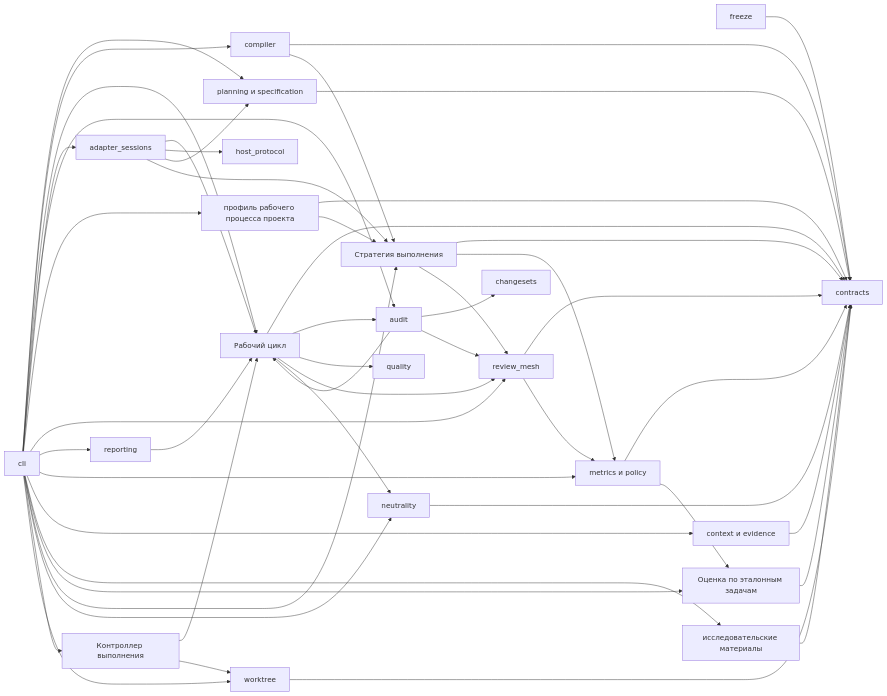
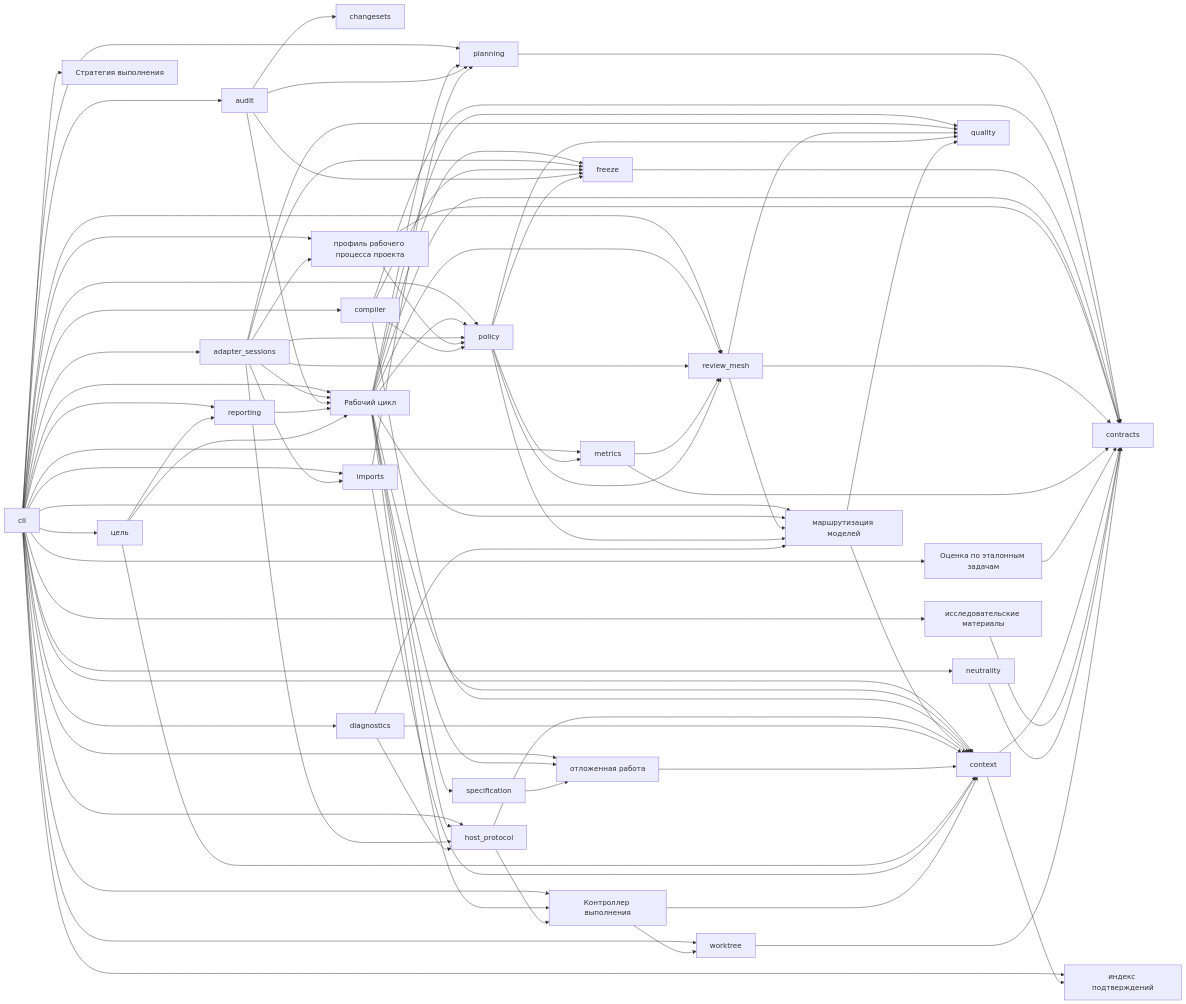
Before and after one commit to avksp/agent-lifecycle-kit: the fourth of 19 diagrams in docs/ru/architecture/system-architecture.md, drawn with Mermaid. The commit also changed other lines of this file and 111 other files, not shown here.

Commit message:
feat(architecture): enforce release 1.76 boundaries

````diff
--- a/docs/ru/architecture/system-architecture.md
+++ b/docs/ru/architecture/system-architecture.md
@@ -247,7 +271,7 @@
   contracts[contracts]
   changesets[changesets]
   compiler[compiler]
-  planning[planning и specification]
+  planning[planning]
   freeze[freeze]
     workflow[Рабочий цикл]
     audit[audit]
@@ -256,8 +280,16 @@
     host_protocol[host_protocol]
   review_mesh[review_mesh]
   reporting[reporting]
-  metrics[metrics и policy]
-  context[context и evidence]
+  metrics[metrics]
+  policy[policy]
+  model_routing[маршрутизация моделей]
+  context[context]
+  evidence_index[индекс подтверждений]
+  diagnostics[diagnostics]
+  followup[отложенная работа]
+  goal[цель]
+  imports[imports]
+  specification[specification]
   research[исследовательские материалы]
   quality[quality]
   strategy[Стратегия выполнения]
@@ -276,6 +308,14 @@
   cli --> reporting
   cli --> metrics
   cli --> context
+  cli --> diagnostics
+  cli --> evidence_index
+  cli --> followup
+  cli --> goal
+  cli --> host_protocol
+  cli --> imports
+  cli --> model_routing
+  cli --> policy
   cli --> research
   cli --> benchmarks
   cli --> strategy
@@ -286,33 +326,65 @@
   compiler --> contracts
   freeze --> contracts
   workflow --> contracts
-  workflow --> audit
+  workflow --> context
+  workflow --> followup
+  workflow --> freeze
+  workflow --> host_protocol
+  workflow --> model_routing
+  workflow --> planning
+  workflow --> policy
   workflow --> quality
   workflow --> review_mesh
-  workflow --> neutrality
+  workflow --> runner
+  workflow --> specification
   adapter_sessions --> workflow
+  adapter_sessions --> freeze
   adapter_sessions --> host_protocol
-  adapter_sessions --> planning
-  adapter_sessions --> strategy
+  adapter_sessions --> imports
+  adapter_sessions --> policy
+  adapter_sessions --> project_profile
+  adapter_sessions --> quality
+  adapter_sessions --> review_mesh
   project_profile --> contracts
-  project_profile --> strategy
-  compiler --> strategy
-  strategy --> contracts
-  strategy --> metrics
-  strategy --> review_mesh
+  project_profile --> policy
+  compiler --> context
+  compiler --> freeze
+  compiler --> policy
   review_mesh --> contracts
-  review_mesh --> metrics
+  review_mesh --> model_routing
+  review_mesh --> quality
   audit --> workflow
   audit --> changesets
-  audit --> review_mesh
+  audit --> freeze
+  audit --> planning
   reporting --> workflow
   metrics --> contracts
   benchmarks --> contracts
-  metrics --> benchmarks
+  metrics --> review_mesh
+  policy --> freeze
+  policy --> metrics
+  policy --> model_routing
+  policy --> quality
+  policy --> review_mesh
+  model_routing --> context
+  model_routing --> quality
+  host_protocol --> context
+  host_protocol --> runner
+  context --> evidence_index
+  diagnostics --> context
+  diagnostics --> host_protocol
+  diagnostics --> model_routing
+  followup --> context
+  goal --> context
+  goal --> reporting
+  goal --> workflow
+  imports --> context
+  imports --> planning
+  specification --> followup
+  runner --> context
+  runner --> worktree
   context --> contracts
   research --> contracts
   neutrality --> contracts
-  runner --> workflow
-  runner --> worktree
   worktree --> contracts
 ```
````
